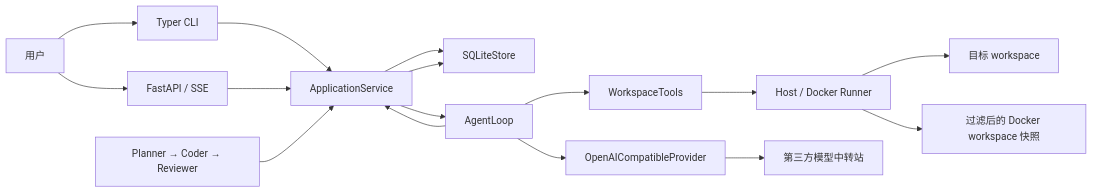
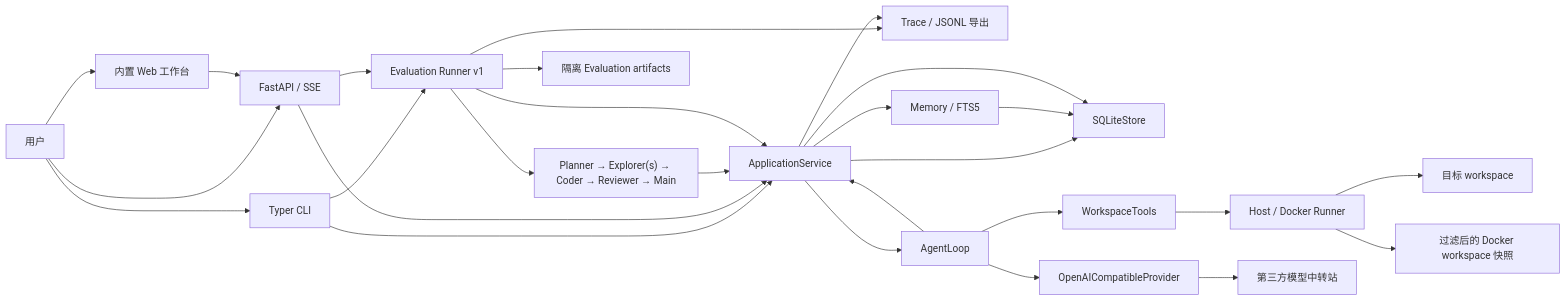
One commit to PinelliaChill/Operant changed the first of 4 diagrams in docs/PROJECT_ARCHITECTURE.md. Above: the diagram before and after it, drawn with Mermaid. The commit also changed other lines of this file and 5 other files, not shown here.

Commit message:
docs: document runtime and target architecture boundaries

````diff
--- a/docs/PROJECT_ARCHITECTURE.md
+++ b/docs/PROJECT_ARCHITECTURE.md
@@ -66,32 +94,48 @@
 ```mermaid
 flowchart LR
     User["用户"]
     CLI["Typer CLI"]
     API["FastAPI / SSE"]
-    Workflow["Planner → Coder → Reviewer"]
+    Web["内置 Web 工作台"]
+    Workflow["Planner → Explorer(s) → Coder → Reviewer → Main"]
+    Evaluation["Evaluation Runner v1"]
     Service["ApplicationService"]
     Store["SQLiteStore"]
+    Trace["Trace / JSONL 导出"]
+    Memory["Memory / FTS5"]
     Loop["AgentLoop"]
     Provider["OpenAICompatibleProvider"]
     Tools["WorkspaceTools"]
     Runner["Host / Docker Runner"]
     Snapshot["过滤后的 Docker workspace 快照"]
     Relay["第三方模型中转站"]
     Workspace["目标 workspace"]
+    Artifacts["隔离 Evaluation artifacts"]
 
     User --> CLI
     User --> API
+    User --> Web
+    Web --> API
     CLI --> Service
     API --> Service
     Workflow --> Service
+    CLI --> Evaluation
+    API --> Evaluation
+    Evaluation --> Service
+    Evaluation --> Workflow
+    Evaluation --> Trace
+    Evaluation --> Artifacts
     Service --> Store
+    Service --> Trace
+    Service --> Memory
+    Memory --> Store
     Service --> Loop
     Loop --> Provider
     Provider --> Relay
     Loop --> Tools
     Tools --> Runner
     Runner --> Workspace
     Runner --> Snapshot
     Loop --> Service
     Service --> Store
 ```
````
